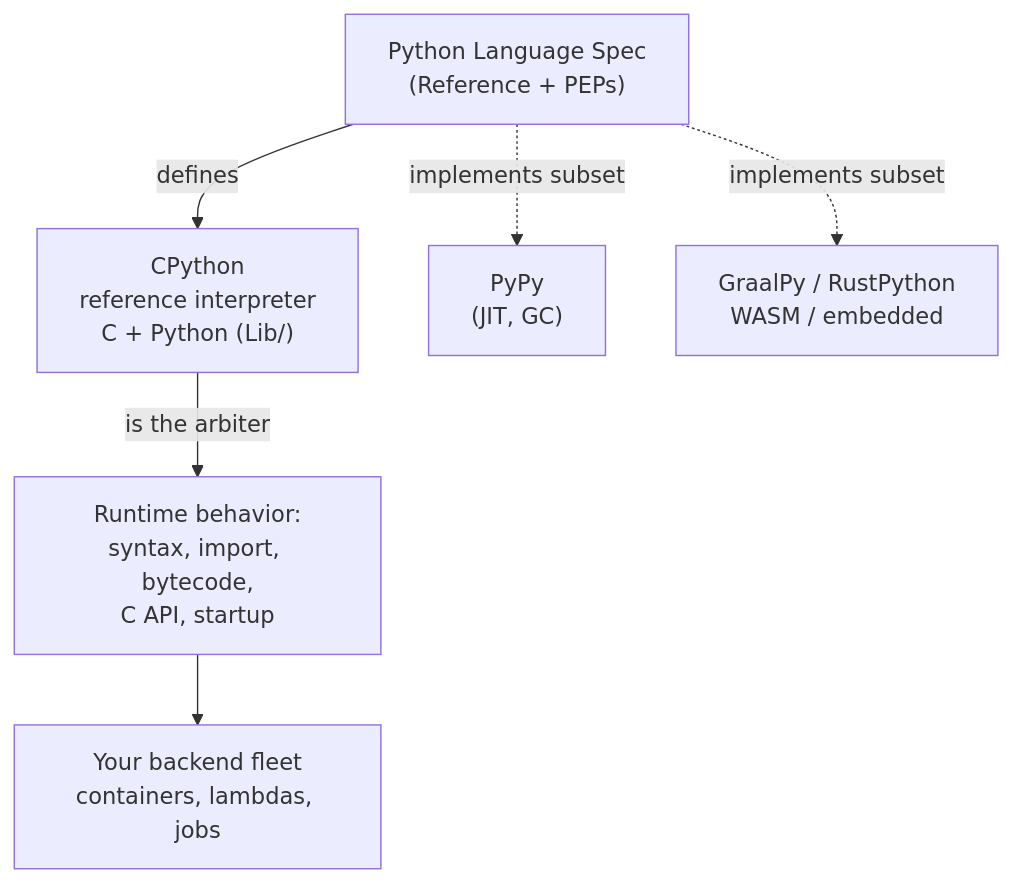
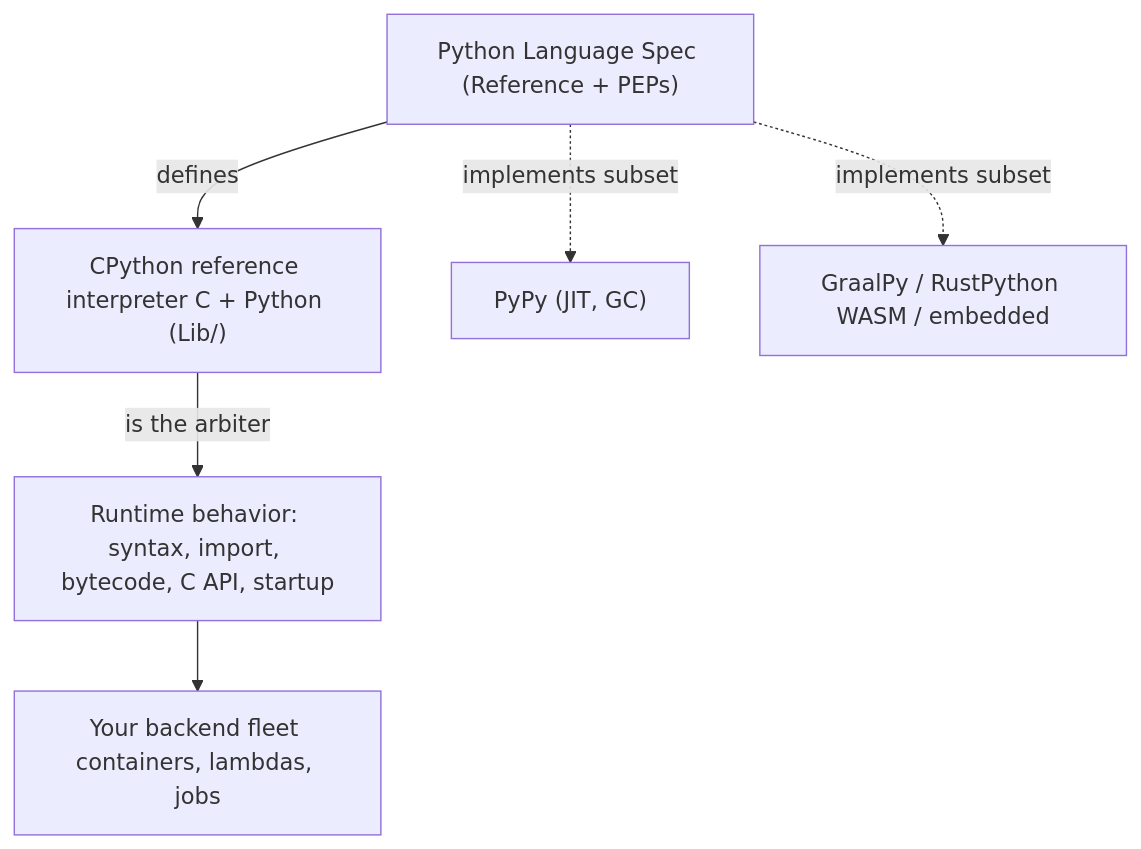
One commit to bumbsclaw/textbooks changed the first of 6 diagrams in vol-16-python-cpython-internals/ch01-cpython-architecture.md. Above: the diagram before and after it, drawn with Mermaid. The commit also changed other lines of this file and 9 other files, not shown here.

First line of the commit message:
fix(pdf, mermaid): syntax-highlighted code blocks + diagram label fixes

````diff
--- a/vol-16-python-cpython-internals/ch01-cpython-architecture.md
+++ b/vol-16-python-cpython-internals/ch01-cpython-architecture.md
@@ -33,12 +33,12 @@
 ```mermaid
 flowchart TB
-    SPEC["Python Language Spec<br/>(Reference + PEPs)"]
-    CPY["CPython<br/>reference interpreter<br/>C + Python (Lib/)"]
-    ALT1["PyPy<br/>(JIT, GC)"]
-    ALT2["GraalPy / RustPython<br/>WASM / embedded"]
+    SPEC["Python Language Spec (Reference + PEPs)"]
+    CPY["CPython reference interpreter C + Python (Lib/)"]
+    ALT1["PyPy (JIT, GC)"]
+    ALT2["GraalPy / RustPython WASM / embedded"]
     SPEC -->|defines| CPY
     SPEC -.->|implements subset| ALT1
     SPEC -.->|implements subset| ALT2
-    CPY -->|is the arbiter| BEH["Runtime behavior:<br/>syntax, import, bytecode,<br/>C API, startup"]
-    BEH --> PROD["Your backend fleet<br/>containers, lambdas, jobs"]
+    CPY -->|is the arbiter| BEH["Runtime behavior: syntax, import, bytecode, C API, startup"]
+    BEH --> PROD["Your backend fleet containers, lambdas, jobs"]
 ```
````
